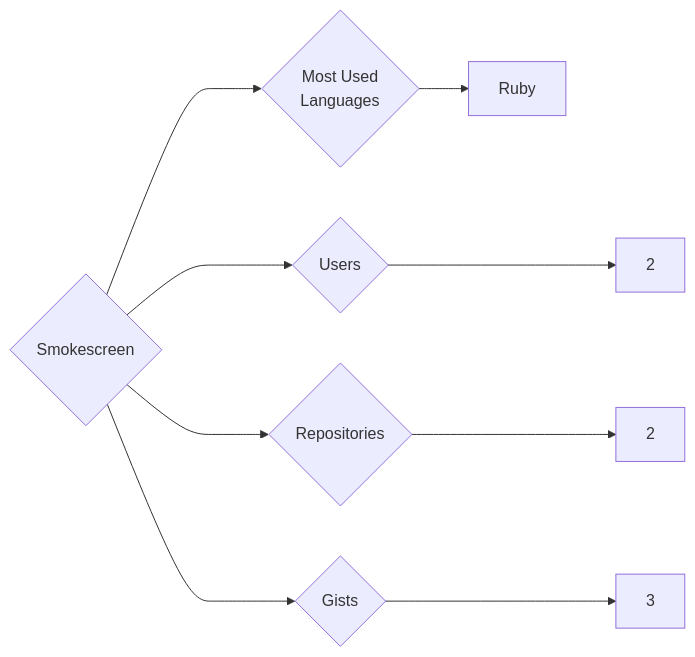
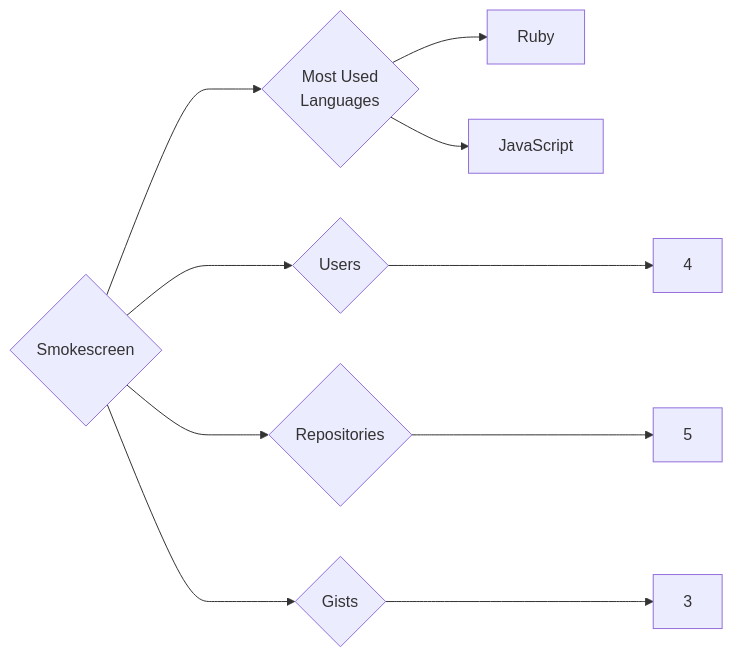
One commit to trickest/insiders changed the diagram in targets/Smokescreen/README.md. Above: the diagram before and after it, drawn with Mermaid. The commit also changed 953 other files, not shown here.

````diff
--- a/targets/Smokescreen/README.md
+++ b/targets/Smokescreen/README.md
@@ -3,9 +3,10 @@
 ```mermaid
 graph LR
 COMPANY_NAME{Smokescreen}
-COMPANY_NAME ---> U{Users} ---> UN[2]
-COMPANY_NAME ---> R{Repositories} ---> RN[2]
+COMPANY_NAME ---> U{Users} ---> UN[4]
+COMPANY_NAME ---> R{Repositories} ---> RN[5]
 COMPANY_NAME ---> G{Gists} ---> GN[3]
 COMPANY_NAME ---> ML{Most Used<br>Languages}
 ML --> Ruby[Ruby]
+ML --> JavaScript[JavaScript]
 ```
````
